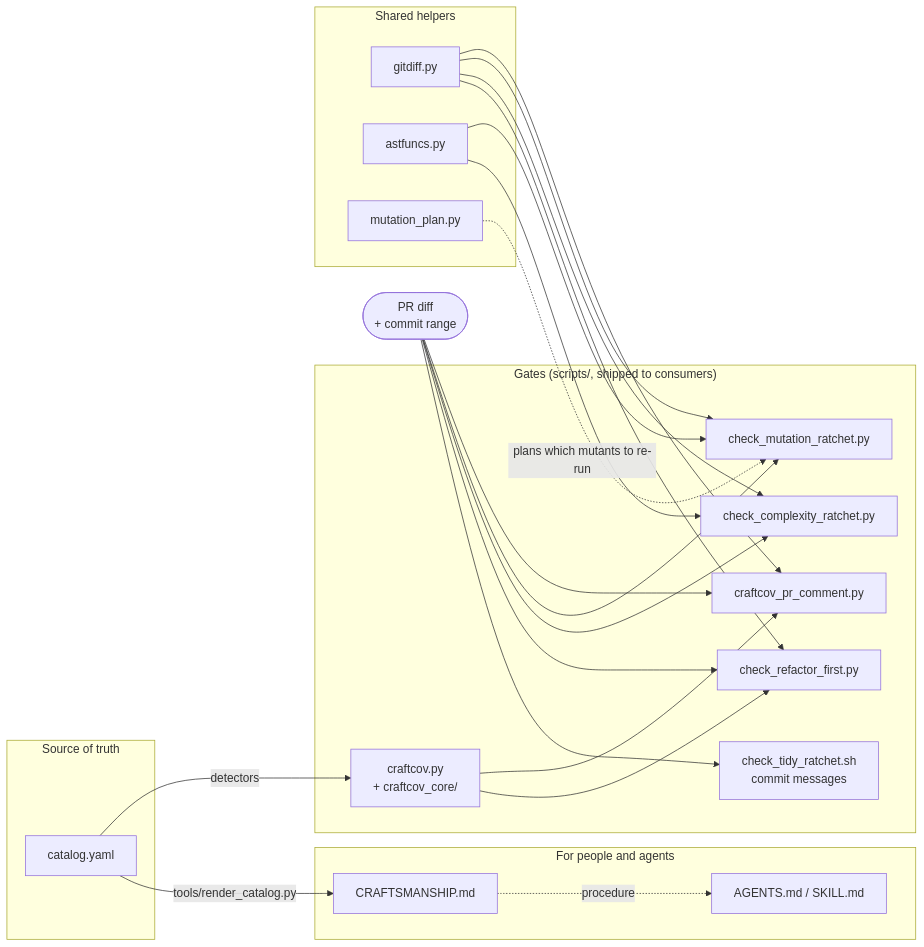
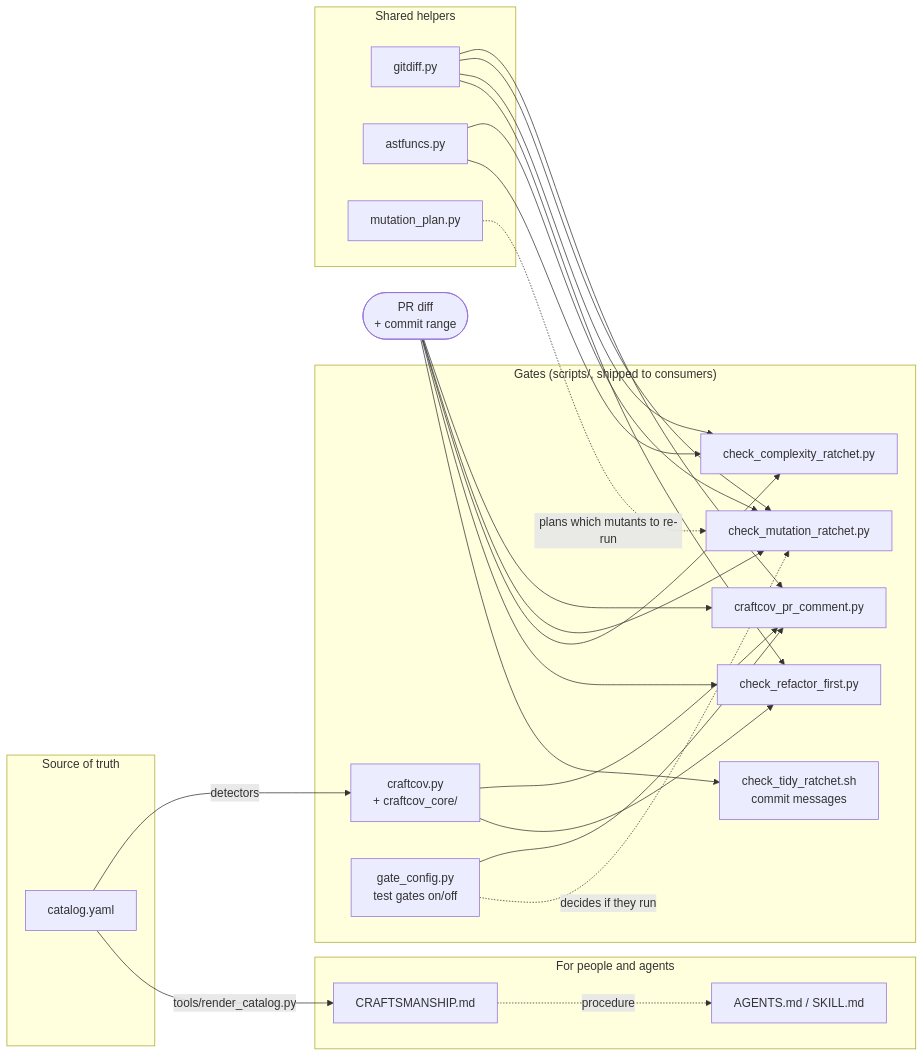
The diagram in docs/architecture.md (gbelbe/craft-gate), drawn with Mermaid before and after one commit. The commit also changed other lines of this file and 20 other files, not shown here.

````diff
--- a/docs/architecture.md
+++ b/docs/architecture.md
@@ -11,36 +11,39 @@
 ```mermaid
 flowchart LR
     subgraph source["Source of truth"]
         CAT[catalog.yaml]
     end
 
     subgraph docs["For people and agents"]
         CRAFT[CRAFTSMANSHIP.md]
         AGENTS[AGENTS.md / SKILL.md]
     end
 
     subgraph gates["Gates (scripts/, shipped to consumers)"]
         TIDY[check_tidy_ratchet.sh<br/>commit messages]
         CC[craftcov.py<br/>+ craftcov_core/]
         RF[check_refactor_first.py]
         CX[check_complexity_ratchet.py]
         MR[check_mutation_ratchet.py]
         PC[craftcov_pr_comment.py]
+        GC[gate_config.py<br/>test gates on/off]
     end
 
     subgraph shared["Shared helpers"]
         GD[gitdiff.py]
         AF[astfuncs.py]
         MP[mutation_plan.py]
     end
 
     CAT -- tools/render_catalog.py --> CRAFT
     CAT -- detectors --> CC
     CRAFT -. procedure .-> AGENTS
     CC --> RF
     CC --> PC
     GD --> RF & CX & MR & PC
     AF --> CX & MR
     MP -. plans which mutants to re-run .-> MR
+    GC -. decides if they run .-> MR
+    GC --> PC
     DIFF([PR diff<br/>+ commit range]) --> TIDY & RF & CX & MR & PC
 ```
````
